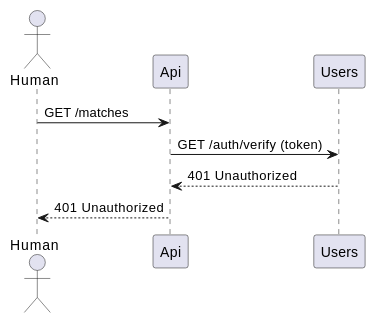
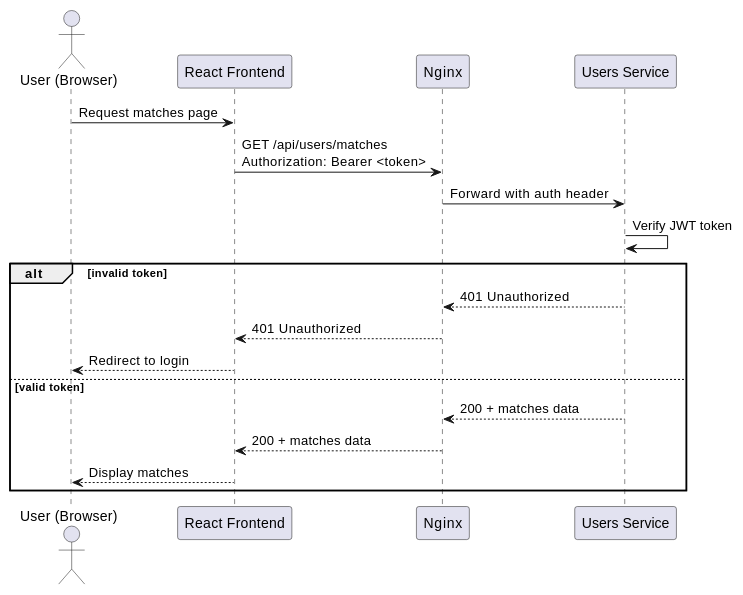
Before and after one commit to Arquisoft/yovi_es1c: the second of 6 diagrams in docs/src/06_runtime_view.adoc, drawn with PlantUML. The commit also changed other lines of this file and 9 other files, not shown here.

```diff
--- a/docs/src/06_runtime_view.adoc
+++ b/docs/src/06_runtime_view.adoc
@@ -37,11 +45,22 @@
 [plantuml, "runtime-auth-check", png]
 ----
-actor Human
-participant Api
-participant Users
+actor "User (Browser)" as Human
+participant "React Frontend" as Frontend
+participant "Nginx" as Nginx
+participant "Users Service" as Users
 
-Human -> Api: GET /matches
-Api -> Users: GET /auth/verify (token)
-Users --> Api: 401 Unauthorized
-Api --> Human: 401 Unauthorized
+Human -> Frontend: Request matches page
+Frontend -> Nginx: GET /api/users/matches\nAuthorization: Bearer <token>
+Nginx -> Users: Forward with auth header
+Users -> Users: Verify JWT token
+
+alt invalid token
+  Users --> Nginx: 401 Unauthorized
+  Nginx --> Frontend: 401 Unauthorized
+  Frontend --> Human: Redirect to login
+else valid token
+  Users --> Nginx: 200 + matches data
+  Nginx --> Frontend: 200 + matches data
+  Frontend --> Human: Display matches
+end
 ----
```
